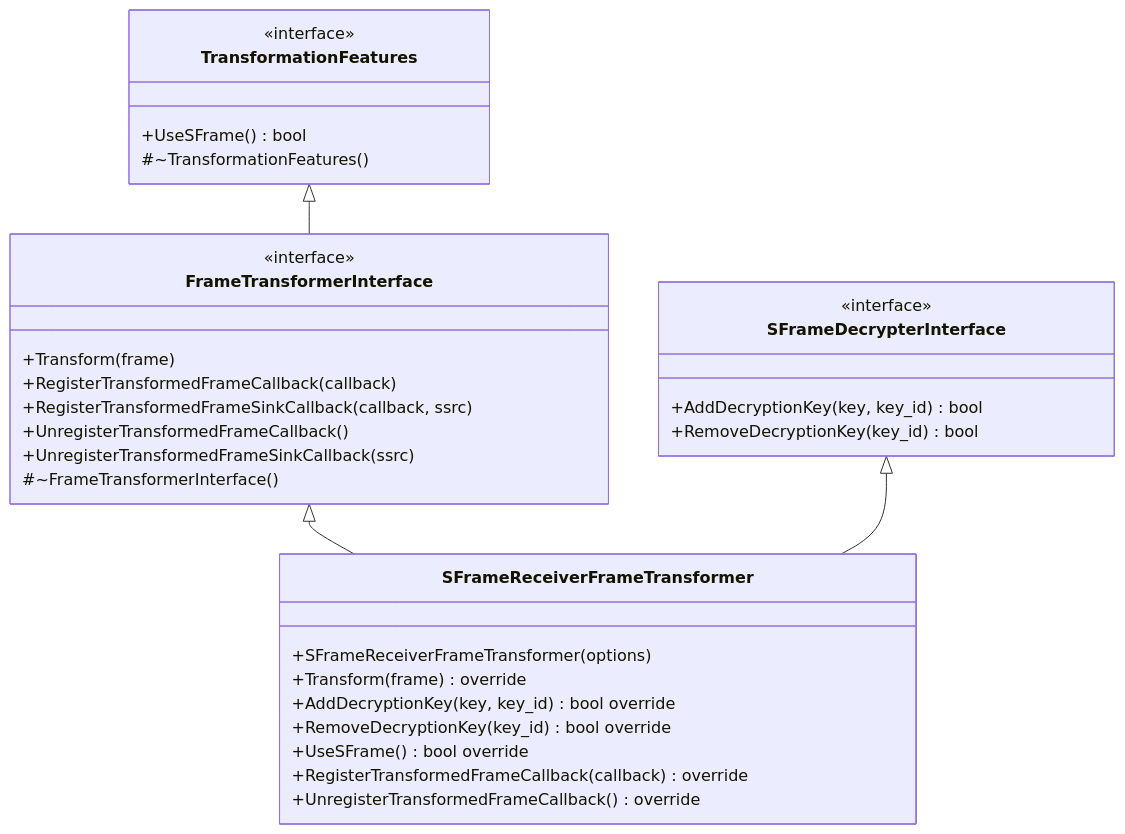
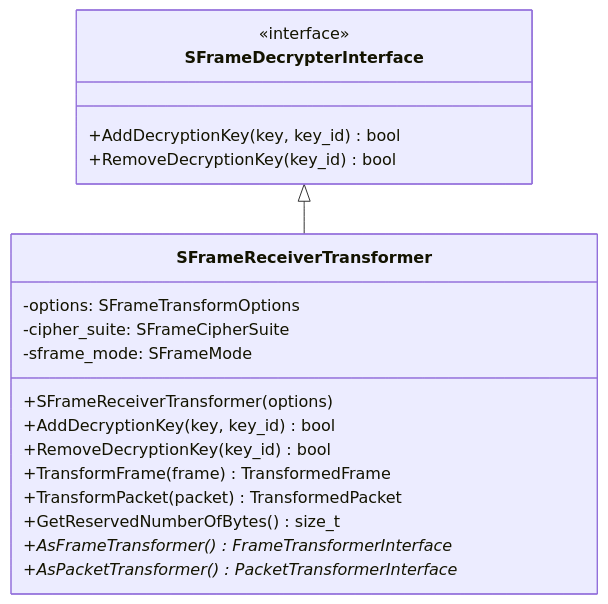
Before and after one commit to webex/webrtc-sframe: the tenth of 22 diagrams in README.md, drawn with Mermaid. The commit also changed other lines of this file, not shown here.

Commit message:
architecture

````diff
--- a/README.md
+++ b/README.md
@@ -351,38 +333,24 @@
 ```mermaid
 classDiagram
-    class TransformationFeatures {
-        <<interface>>
-        +UseSFrame() bool
-        #~TransformationFeatures()
-    }
-    
-    class FrameTransformerInterface {
-        <<interface>>
-        +Transform(frame)
-        +RegisterTransformedFrameCallback(callback)
-        +RegisterTransformedFrameSinkCallback(callback, ssrc)
-        +UnregisterTransformedFrameCallback()
-        +UnregisterTransformedFrameSinkCallback(ssrc)
-        #~FrameTransformerInterface()
-    }
-    
     class SFrameDecrypterInterface {
         <<interface>>
         +AddDecryptionKey(key, key_id) bool
         +RemoveDecryptionKey(key_id) bool
     }
     
-    class SFrameReceiverFrameTransformer {
-        +SFrameReceiverFrameTransformer(options)
-        +Transform(frame) override
-        +AddDecryptionKey(key, key_id) bool override
-        +RemoveDecryptionKey(key_id) bool override
-        +UseSFrame() bool override
-        +RegisterTransformedFrameCallback(callback) override
-        +UnregisterTransformedFrameCallback() override
+    class SFrameReceiverTransformer {
+        -options: SFrameTransformOptions
+        -cipher_suite: SFrameCipherSuite
+        -sframe_mode: SFrameMode
+        +SFrameReceiverTransformer(options)
+        +AddDecryptionKey(key, key_id) bool
+        +RemoveDecryptionKey(key_id) bool
+        +TransformFrame(frame) TransformedFrame
+        +TransformPacket(packet) TransformedPacket
+        +GetReservedNumberOfBytes() size_t
+        +AsFrameTransformer() FrameTransformerInterface*
+        +AsPacketTransformer() PacketTransformerInterface*
     }
     
-    TransformationFeatures <|-- FrameTransformerInterface
-    FrameTransformerInterface <|-- SFrameReceiverFrameTransformer
-    SFrameDecrypterInterface <|-- SFrameReceiverFrameTransformer
+    SFrameDecrypterInterface <|-- SFrameReceiverTransformer
 ```
````
